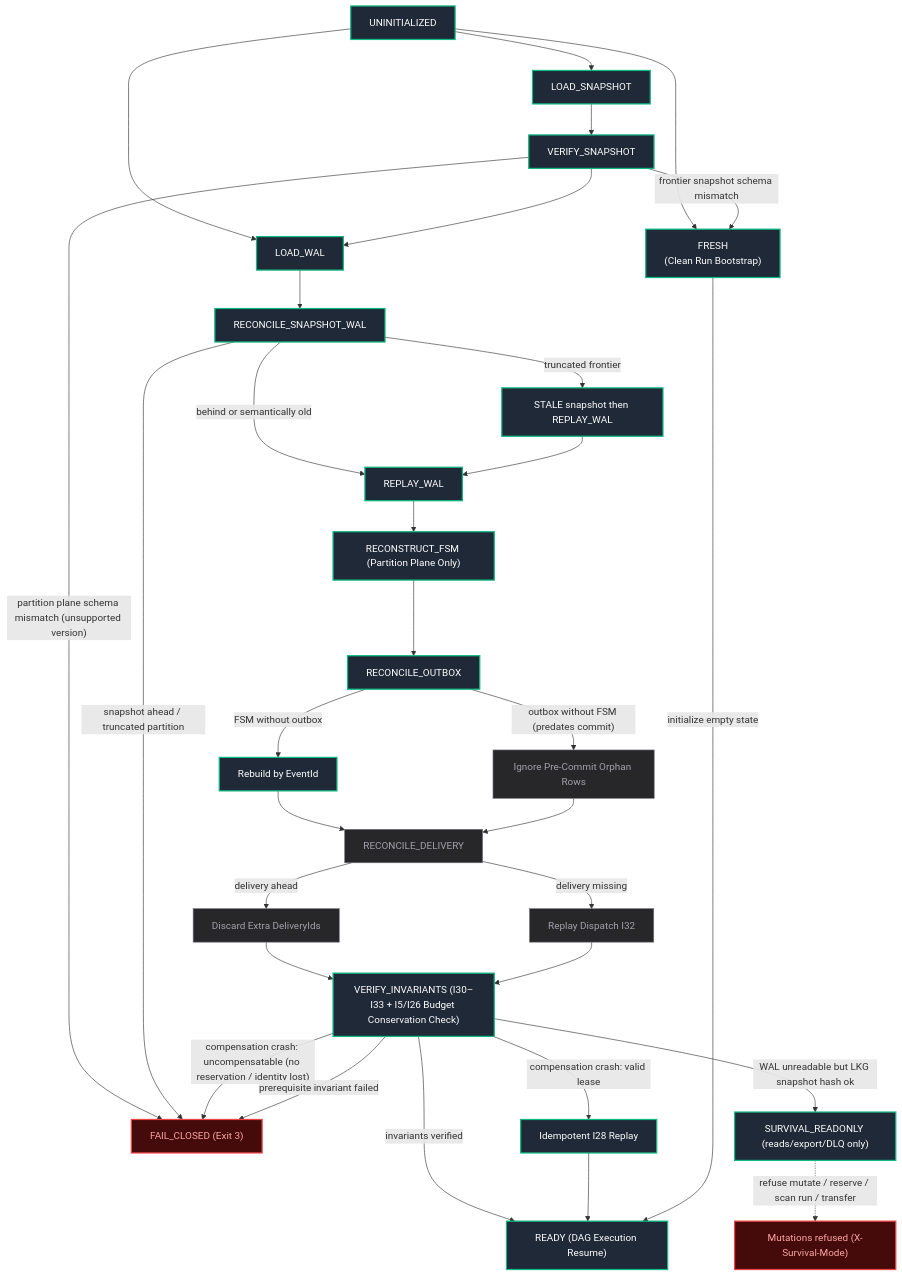
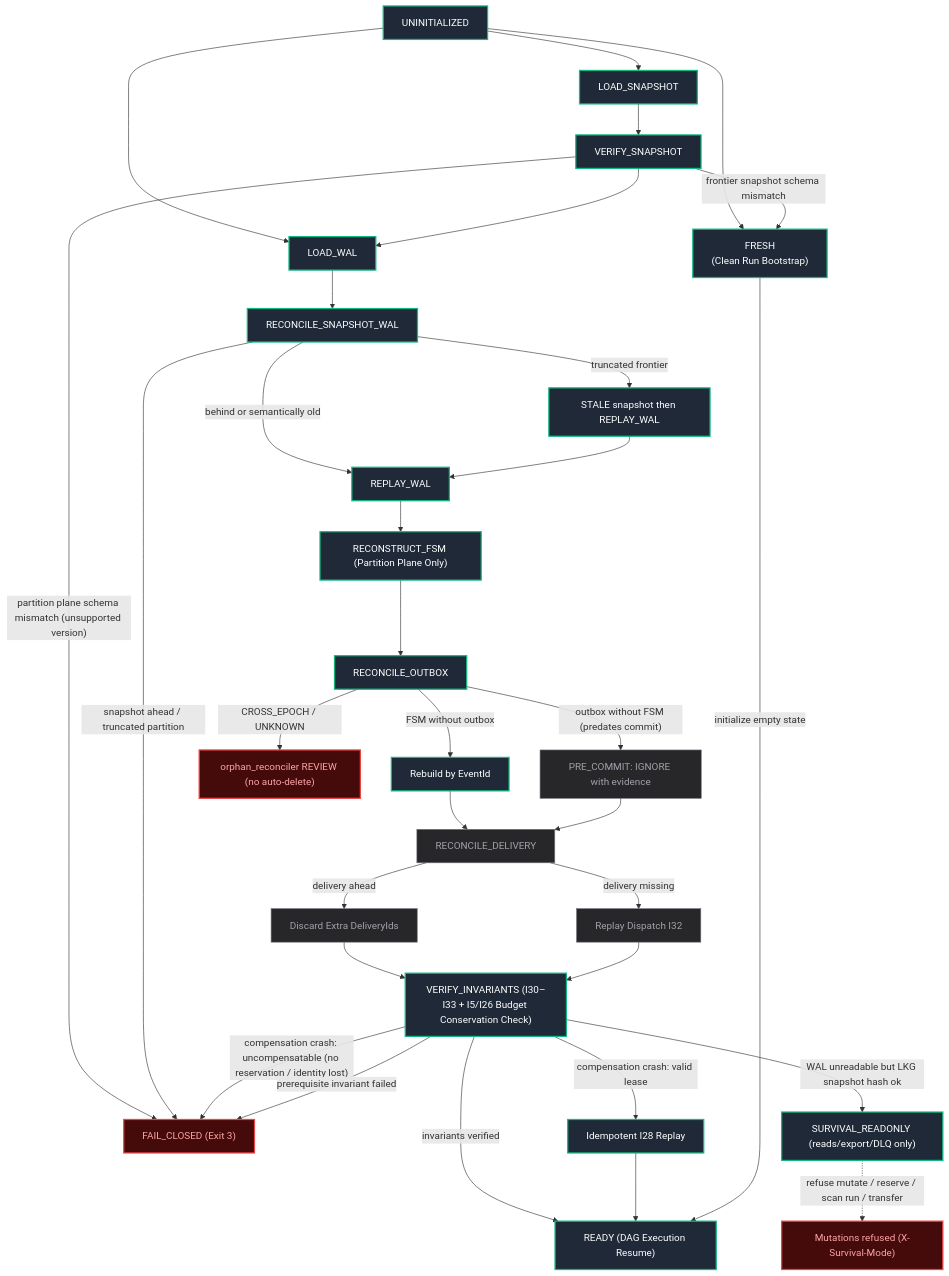
One commit to AviralGup7/Singularity-Zero changed diagram 11 of 16 in docs/flowchart.md. Above: the diagram before and after it, drawn with Mermaid. The commit also changed other lines of this file, not shown here.

First line of the commit message:
docs(flowchart): sync atlas with implemented survival path

````diff
--- a/docs/flowchart.md
+++ b/docs/flowchart.md
@@ -1038,38 +1049,39 @@
 ```mermaid
 flowchart TD
     classDef impl fill:#1f2937,stroke:#10b981,stroke-width:2px,color:#fff;
     classDef singleNode fill:#1e293b,stroke:#0ea5e9,stroke-width:1px,stroke-dasharray:3 3,color:#fff;
     classDef library fill:#334155,stroke:#64748b,stroke-width:1px,color:#fff;
     classDef specOnly fill:#1e1b4b,stroke:#818cf8,stroke-width:1px,stroke-dasharray:4 4,color:#fff;
     classDef vacuous fill:#27272a,stroke:#71717a,stroke-width:1px,color:#a1a1aa;
     classDef forbidden fill:#450a0a,stroke:#ef4444,stroke-width:2px,color:#fca5a5;
 
     U["UNINITIALIZED"]:::impl --> LS["LOAD_SNAPSHOT"]:::impl
     U --> LW["LOAD_WAL"]:::impl
     U --> Fresh["FRESH<br/>(Clean Run Bootstrap)"]:::impl
     LS --> VS["VERIFY_SNAPSHOT"]:::impl
     VS -->|"partition plane schema mismatch (unsupported version)"| Closed["FAIL_CLOSED (Exit 3)"]:::forbidden
     VS -->|"frontier snapshot schema mismatch"| Fresh
     VS --> LW
     LW --> Rec["RECONCILE_SNAPSHOT_WAL"]:::impl
     Rec -->|"snapshot ahead / truncated partition"| Closed
     Rec -->|"behind or semantically old"| Replay["REPLAY_WAL"]:::impl
     Rec -->|"truncated frontier"| Stale["STALE snapshot then REPLAY_WAL"]:::impl
     Stale --> Replay
     Replay --> FSMR["RECONSTRUCT_FSM (Partition Plane Only)"]:::impl
     FSMR --> Out["RECONCILE_OUTBOX"]:::impl
     Out -->|"FSM without outbox"| Rebuild["Rebuild by EventId"]:::impl
-    Out -->|"outbox without FSM (predates commit)"| Orphan["Ignore Pre-Commit Orphan Rows"]:::vacuous
-    Rebuild & Orphan --> Del["RECONCILE_DELIVERY"]:::vacuous
+    Out -->|"outbox without FSM (predates commit)"| OrphanPre["PRE_COMMIT: IGNORE with evidence"]:::vacuous
+    Out -->|"CROSS_EPOCH / UNKNOWN"| OrphanRev["orphan_reconciler REVIEW (no auto-delete)"]:::forbidden
+    Rebuild & OrphanPre --> Del["RECONCILE_DELIVERY"]:::vacuous
     Del -->|"delivery ahead"| Drop["Discard Extra DeliveryIds"]:::vacuous
     Del -->|"delivery missing"| ReplayD["Replay Dispatch I32"]:::vacuous
     Drop & ReplayD --> Inv["VERIFY_INVARIANTS (I30–I33 + I5/I26 Budget Conservation Check)"]:::impl
     Inv -->|"compensation crash: valid lease"| Comp["Idempotent I28 Replay"]:::impl
     Inv -->|"compensation crash: uncompensatable (no reservation / identity lost)"| Closed
     Inv -->|"prerequisite invariant failed"| Closed
     Inv -->|"invariants verified"| Ready["READY (DAG Execution Resume)"]:::impl
     Comp --> Ready
     Fresh -->|"initialize empty state"| Ready
     Inv -->|"WAL unreadable but LKG snapshot hash ok"| Survival["SURVIVAL_READONLY (reads/export/DLQ only)"]:::impl
     Survival -.->|"refuse mutate / reserve / scan run / transfer"| SurvivalBlock["Mutations refused (X-Survival-Mode)"]:::forbidden
 ```
````
